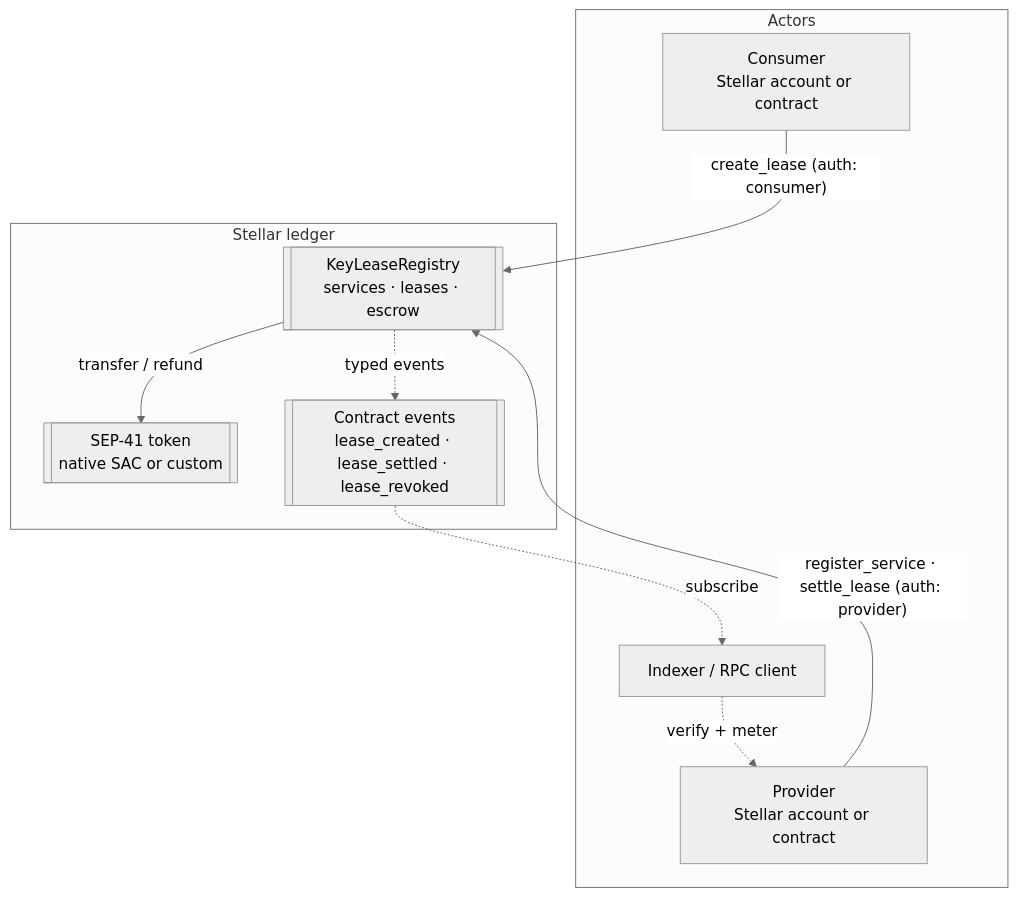
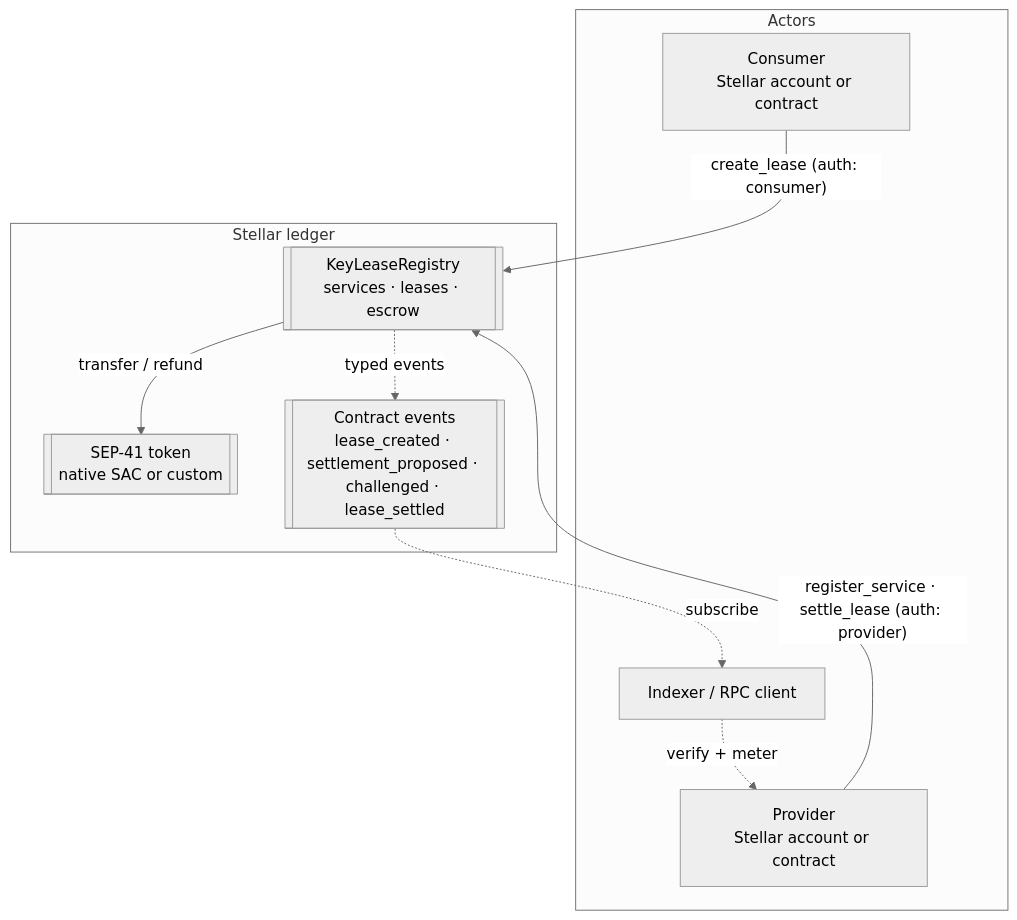
Before and after one commit to Adebisi-1/keylease-core: the first of 5 diagrams in docs/architecture.md, drawn with Mermaid (neutral theme). The commit also changed other lines of this file and 19 other files, not shown here.

````diff
--- a/docs/architecture.md
+++ b/docs/architecture.md
@@ -10,21 +10,21 @@
 ```mermaid
 flowchart TB
     subgraph Actors
         DEV["Consumer<br/>Stellar account or contract"]
         PROV["Provider<br/>Stellar account or contract"]
         IDX["Indexer / RPC client"]
     end
 
     subgraph "Stellar ledger"
         REG[["KeyLeaseRegistry<br/>services · leases · escrow"]]
         TOK[["SEP-41 token<br/>native SAC or custom"]]
-        EV[["Contract events<br/>lease_created · lease_settled · lease_revoked"]]
+        EV[["Contract events<br/>lease_created · settlement_proposed · challenged · lease_settled"]]
     end
 
     DEV -- "create_lease (auth: consumer)" --> REG
     PROV -- "register_service · settle_lease (auth: provider)" --> REG
     REG -- "transfer / refund" --> TOK
     REG -. "typed events" .-> EV
     EV -. "subscribe" .-> IDX
     IDX -. "verify + meter" .-> PROV
 ```
````
